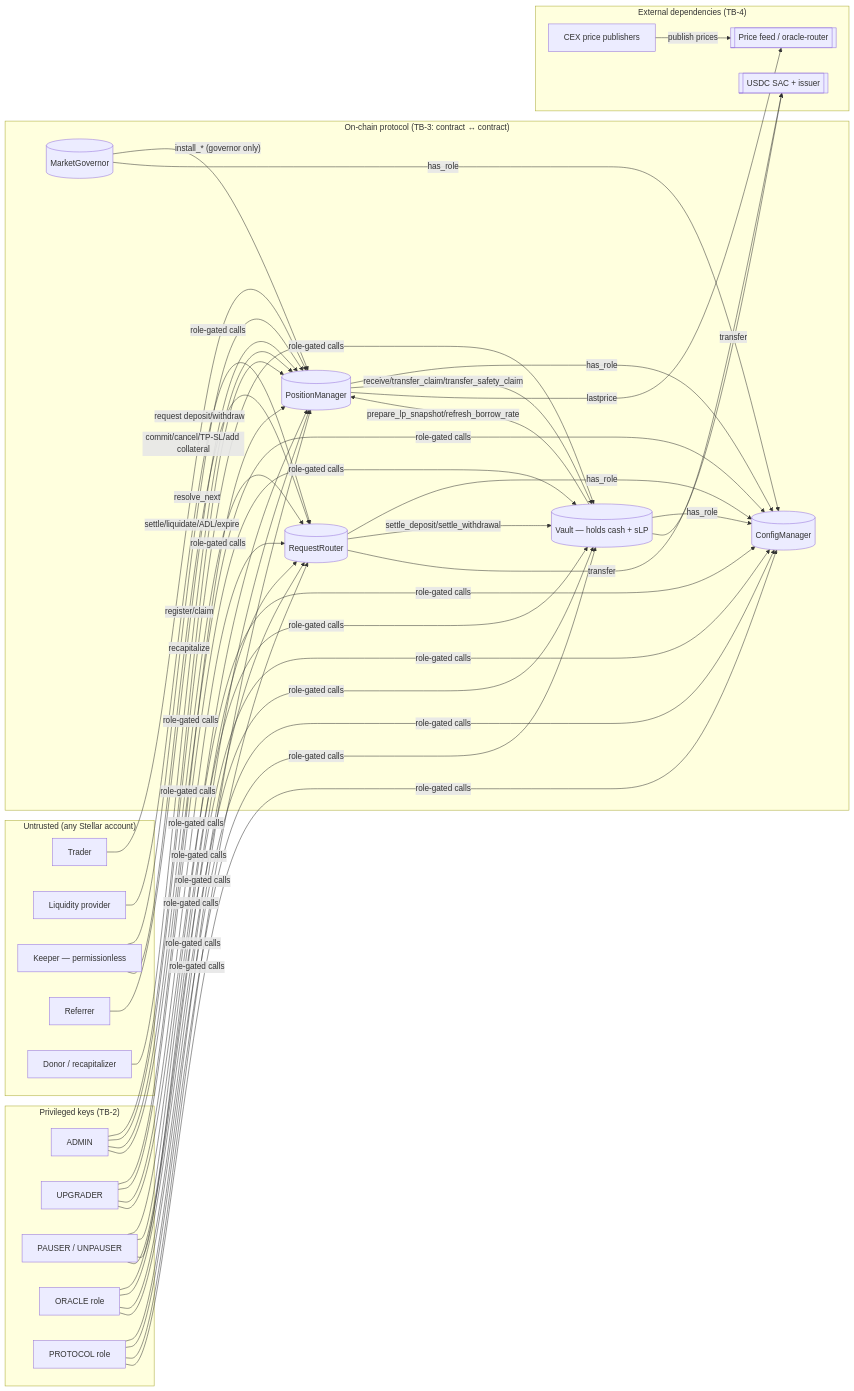
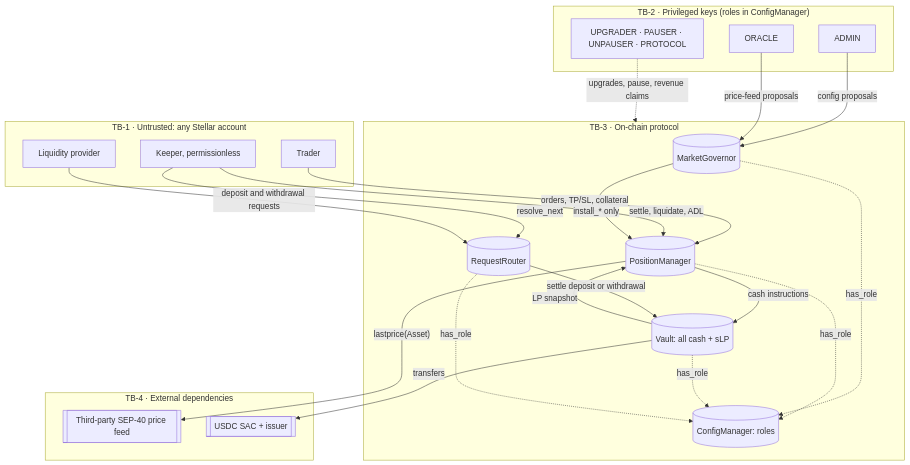
The diagram in THREAT_MODEL.md (win-trader/contracts), drawn with Mermaid before and after one commit. The commit also changed other lines of this file and 1 other file, not shown here.

Commit message:
docs(threat-model): update overview, diagram and oracle sections for the audit

````diff
--- a/THREAT_MODEL.md
+++ b/THREAT_MODEL.md
@@ -31,52 +31,42 @@
 ```mermaid
-flowchart LR
-  subgraph EXT["Untrusted (any Stellar account)"]
+flowchart TB
+  subgraph EXT["TB-1 · Untrusted: any Stellar account"]
     T[Trader]
     LP[Liquidity provider]
-    K[Keeper — permissionless]
-    R[Referrer]
-    D[Donor / recapitalizer]
+    K[Keeper, permissionless]
   end
 
-  subgraph PRIV["Privileged keys (TB-2)"]
+  subgraph PRIV["TB-2 · Privileged keys (roles in ConfigManager)"]
     ADM[ADMIN]
-    UPG[UPGRADER]
-    PAU[PAUSER / UNPAUSER]
-    ORA[ORACLE role]
-    PRO[PROTOCOL role]
+    ORA[ORACLE]
+    OPS[UPGRADER · PAUSER · UNPAUSER · PROTOCOL]
   end
 
-  subgraph CHAIN["On-chain protocol (TB-3: contract ↔ contract)"]
-    CM[(ConfigManager)]
+  subgraph CHAIN["TB-3 · On-chain protocol"]
     GOV[(MarketGovernor)]
     PM[(PositionManager)]
-    V[(Vault — holds cash + sLP)]
     RR[(RequestRouter)]
+    V[(Vault: all cash + sLP)]
+    CM[(ConfigManager: roles)]
   end
 
-  subgraph DEP["External dependencies (TB-4)"]
-    PF[[Price feed / oracle-router]]
-    PUB[CEX price publishers]
+  subgraph DEP["TB-4 · External dependencies"]
+    PF[[Third-party SEP-40 price feed]]
     TOK[[USDC SAC + issuer]]
   end
 
-  GOV -- install_* (governor only) --> PM
-  GOV -- has_role --> CM
-  T -- commit/cancel/TP-SL/add collateral --> PM
-  K -- settle/liquidate/ADL/expire --> PM
-  K -- resolve_next --> RR
-  LP -- request deposit/withdraw --> RR
-  R -- register/claim --> PM
-  D -- recapitalize --> PM
-  ADM & UPG & PAU & ORA & PRO -- role-gated calls --> PM & V & RR & CM
-
-  PM -- has_role --> CM
-  V -- has_role --> CM
-  RR -- has_role --> CM
-  PM -- receive/transfer_claim/transfer_safety_claim --> V
-  V -- prepare_lp_snapshot/refresh_borrow_rate --> PM
-  RR -- settle_deposit/settle_withdrawal --> V
-  PM -- lastprice --> PF
-  PUB -- publish prices --> PF
-  V & RR -- transfer --> TOK
+  T -->|orders, TP/SL, collateral| PM
+  K -->|settle, liquidate, ADL| PM
+  K -->|resolve_next| RR
+  LP -->|deposit and withdrawal requests| RR
+  ADM -->|config proposals| GOV
+  ORA -->|price-feed proposals| GOV
+  OPS -.->|upgrades, pause, revenue claims| CHAIN
+  GOV -->|install_* only| PM
+  PM -->|cash instructions| V
+  V -->|LP snapshot| PM
+  RR -->|settle deposit or withdrawal| V
+  PM -->|"lastprice(Asset)"| PF
+  V -->|transfers| TOK
+  GOV & PM & V & RR -.->|has_role| CM
 ```
````
